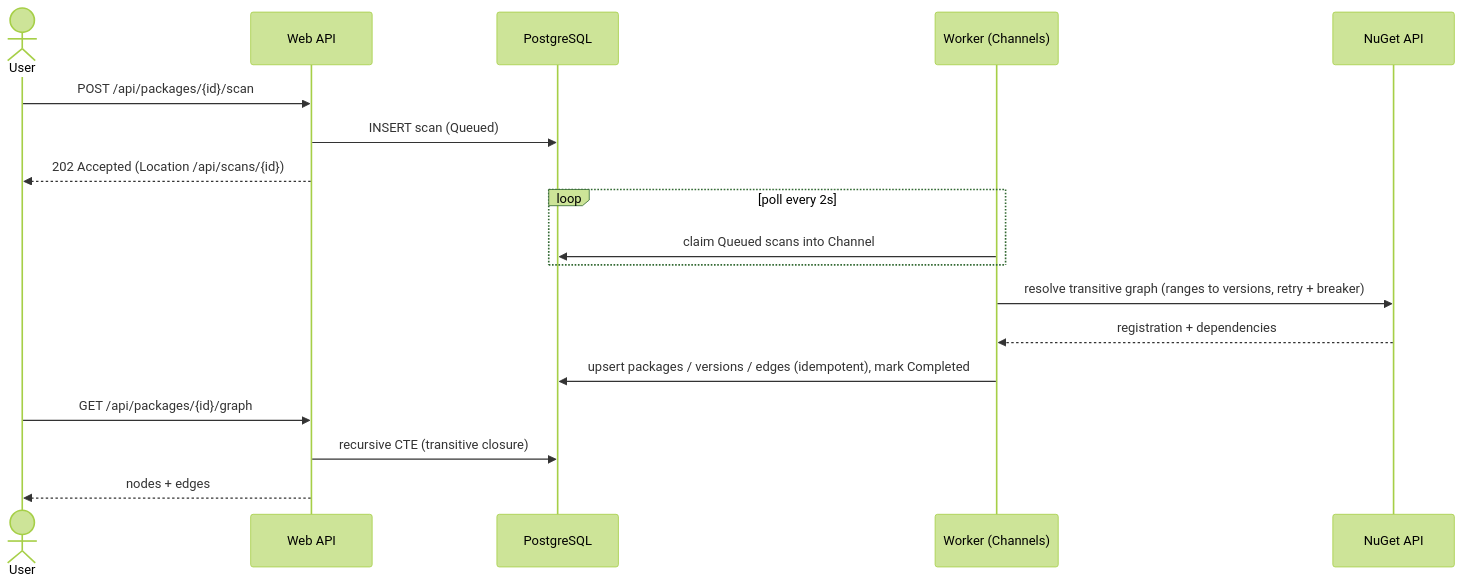
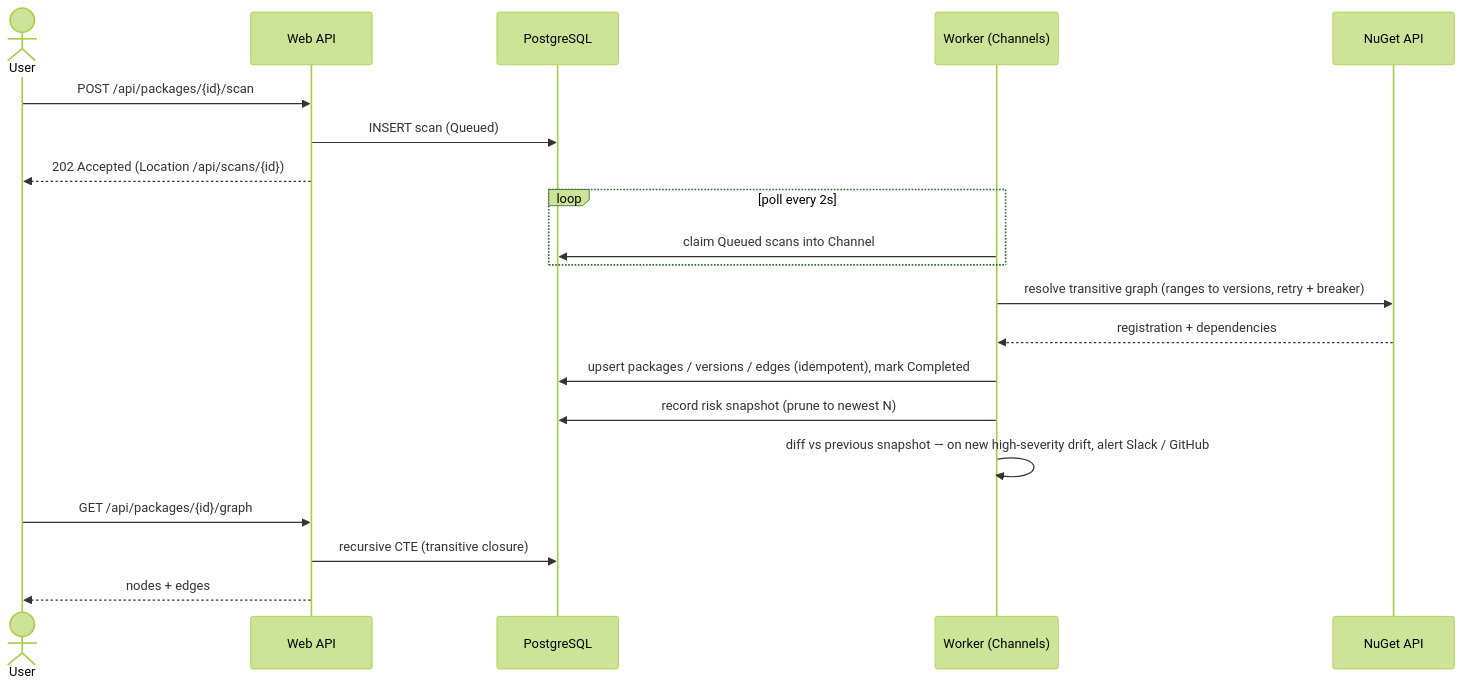
The second of 2 diagrams in README.md (AdrianDeutsch/DepRadar), drawn with Mermaid (forest theme) before and after one commit. The commit also changed other lines of this file and 10 other files, not shown here.

First line of the commit message:
feat: GitHub issue de-duplication + scheduled digest delivery; refresh README architecture

````diff
--- a/README.md
+++ b/README.md
@@ -130,23 +138,25 @@
 ```mermaid
 sequenceDiagram
     actor User
     participant API as Web API
     participant DB as PostgreSQL
     participant W as Worker (Channels)
     participant NG as NuGet API
 
     User->>API: POST /api/packages/{id}/scan
     API->>DB: INSERT scan (Queued)
     API-->>User: 202 Accepted (Location /api/scans/{id})
 
     loop poll every 2s
         W->>DB: claim Queued scans into Channel
     end
     W->>NG: resolve transitive graph (ranges to versions, retry + breaker)
     NG-->>W: registration + dependencies
     W->>DB: upsert packages / versions / edges (idempotent), mark Completed
+    W->>DB: record risk snapshot (prune to newest N)
+    W->>W: diff vs previous snapshot — on new high-severity drift, alert Slack / GitHub
 
     User->>API: GET /api/packages/{id}/graph
     API->>DB: recursive CTE (transitive closure)
     API-->>User: nodes + edges
 ```
````
